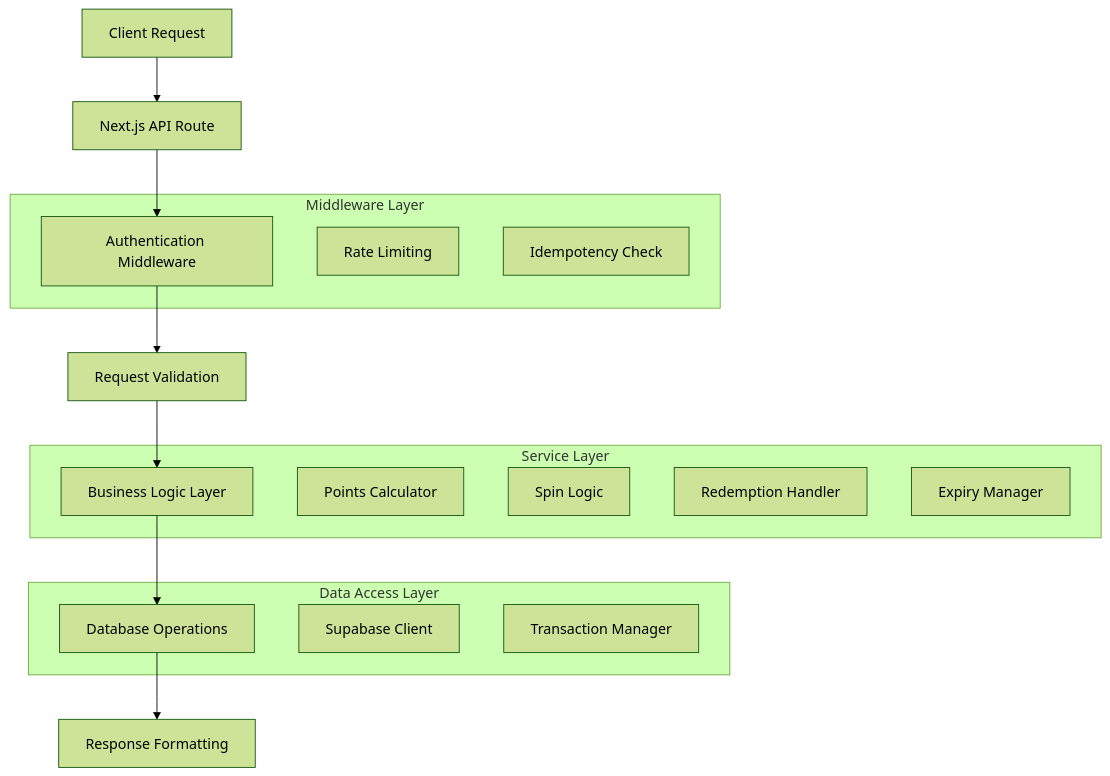
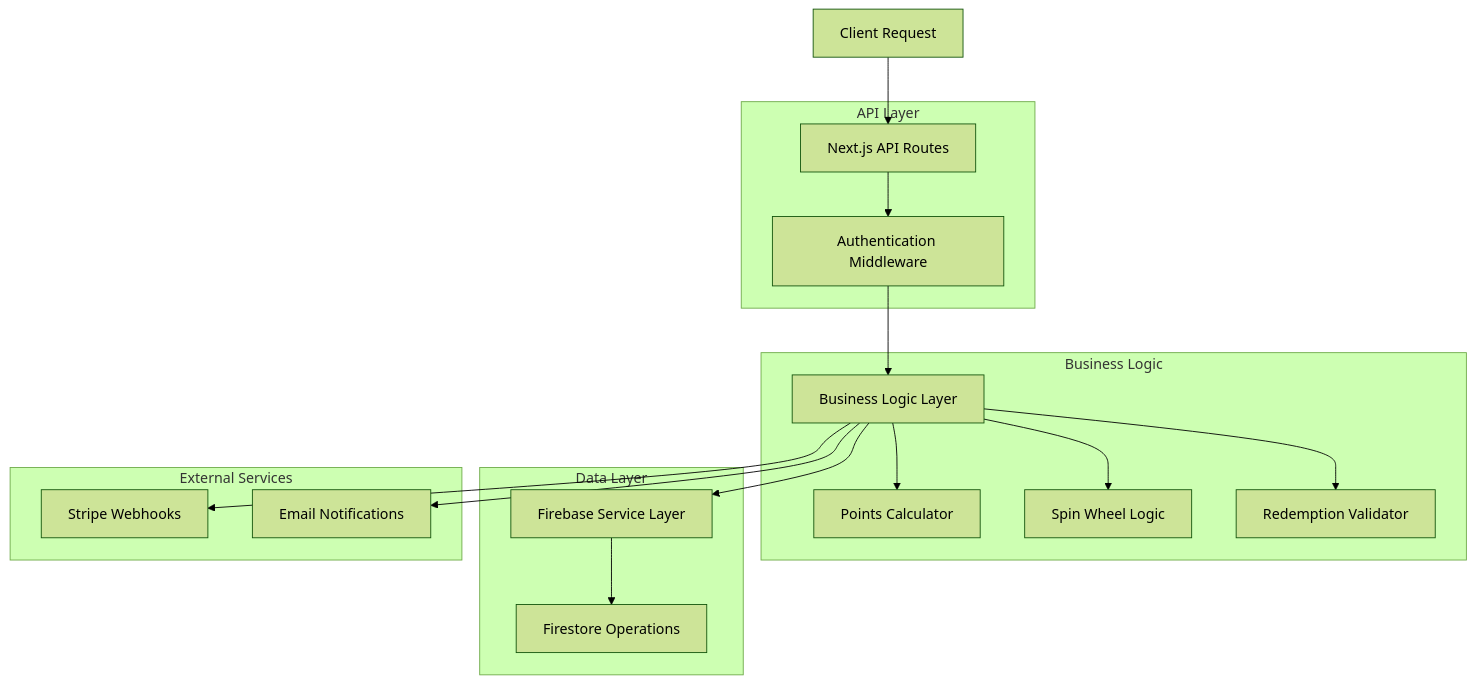
One commit to Mayne0963/broskis_kitchen changed the second of 3 diagrams in .trae/documents/broskis-rewards-technical-architecture.md. Above: the diagram before and after it, drawn with Mermaid (forest theme). The commit also changed other lines of this file and 11 other files, not shown here.

````diff
--- a/.trae/documents/broskis-rewards-technical-architecture.md
+++ b/.trae/documents/broskis-rewards-technical-architecture.md
@@ -175,29 +196,32 @@
 ```mermaid
 graph TD
-    A[Client Request] --> B[Next.js API Route]
+    A[Client Request] --> B[Next.js API Routes]
     B --> C[Authentication Middleware]
-    C --> D[Request Validation]
-    D --> E[Business Logic Layer]
-    E --> F[Database Operations]
-    F --> G[Response Formatting]
+    C --> D[Business Logic Layer]
+    D --> E[Firebase Service Layer]
+    E --> F[Firestore Operations]
     
-    subgraph "Middleware Layer"
+    subgraph "API Layer"
+        B
         C
-        H[Rate Limiting]
-        I[Idempotency Check]
     end
     
-    subgraph "Service Layer"
-        E
-        J[Points Calculator]
-        K[Spin Logic]
-        L[Redemption Handler]
-        M[Expiry Manager]
+    subgraph "Business Logic"
+        D --> G[Points Calculator]
+        D --> H[Spin Wheel Logic]
+        D --> I[Redemption Validator]
     end
     
-    subgraph "Data Access Layer"
+    subgraph "Data Layer"
+        E
         F
-        N[Supabase Client]
-        O[Transaction Manager]
     end
+    
+    subgraph "External Services"
+        J[Stripe Webhooks]
+        K[Email Notifications]
+    end
+    
+    D --> J
+    D --> K
 ```
````
